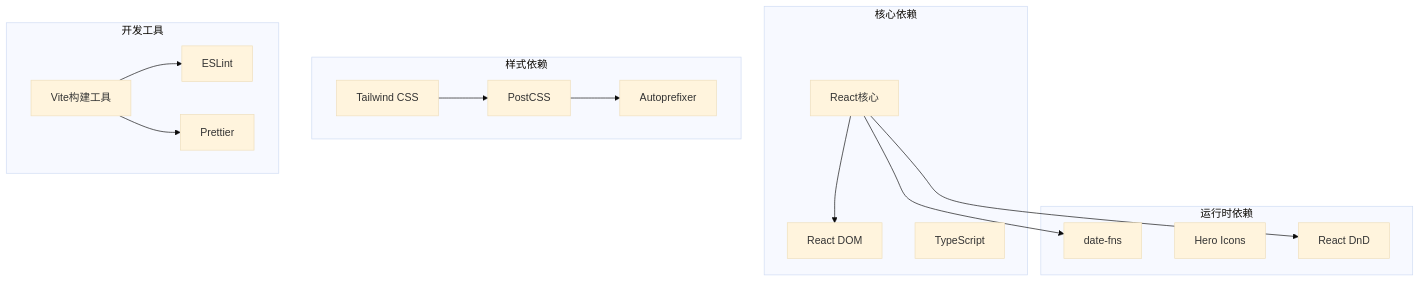
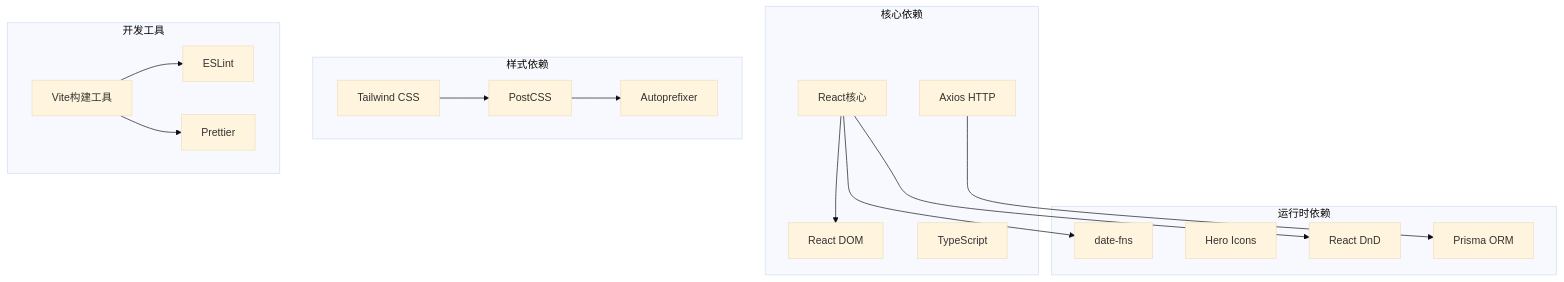
Before and after one commit to xianjianshenqu/SalesFlow-CRM: diagram 12 of 12 in .qoder/repowiki/zh/content/API参考/DailySchedule 日程管理组件.md, drawn with Mermaid (base theme). The commit also changed other lines of this file and 15 other files, not shown here.

````diff
--- a/.qoder/repowiki/zh/content/API参考/DailySchedule 日程管理组件.md
+++ b/.qoder/repowiki/zh/content/API参考/DailySchedule 日程管理组件.md
@@ -426,30 +671,33 @@
 ```mermaid
 graph TD
 subgraph "核心依赖"
 React[React核心]
 ReactDOM[React DOM]
 Typescript[TypeScript]
+Axios[Axios HTTP]
 end
 subgraph "样式依赖"
 Tailwind[Tailwind CSS]
 PostCSS[PostCSS]
 Autoprefixer[Autoprefixer]
 end
 subgraph "开发工具"
 Vite[Vite构建工具]
 ESLint[ESLint]
 Prettier[Prettier]
 end
 subgraph "运行时依赖"
 DateFns[date-fns]
 HeroIcons[Hero Icons]
 ReactDnD[React DnD]
+Prisma[Prisma ORM]
 end
 React --> ReactDOM
 React --> DateFns
 React --> ReactDnD
+Axios --> Prisma
 Tailwind --> PostCSS
 PostCSS --> Autoprefixer
 Vite --> ESLint
 Vite --> Prettier
 ```
````
